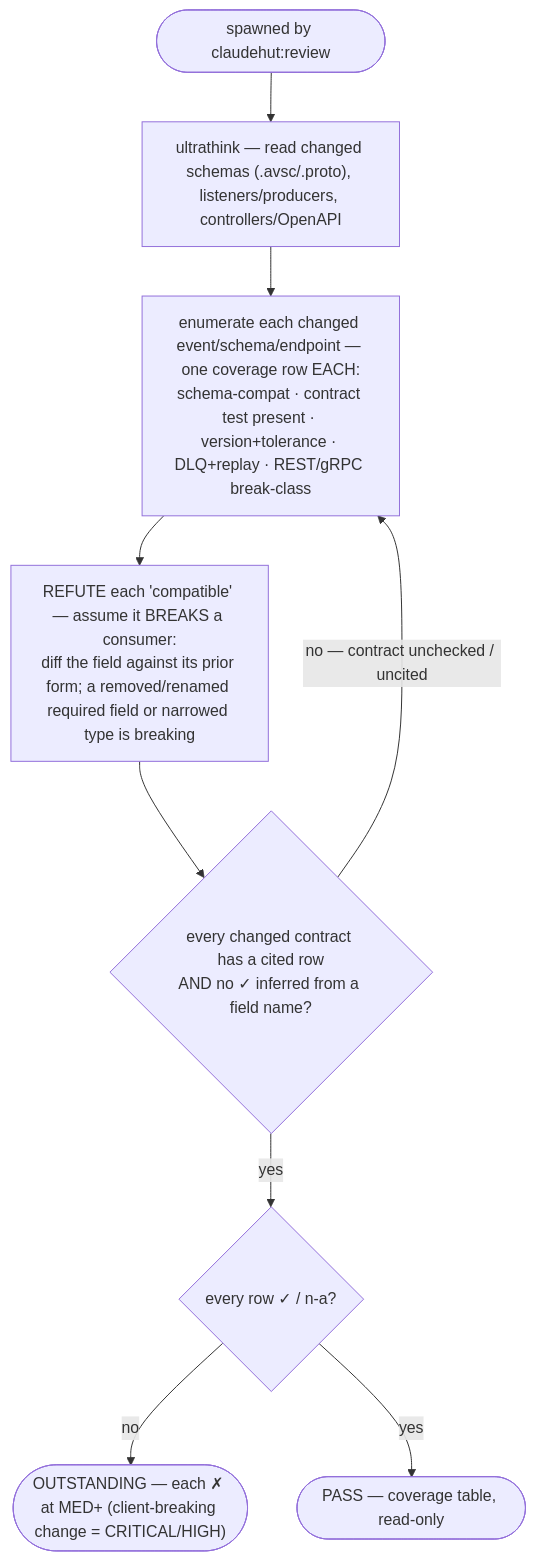
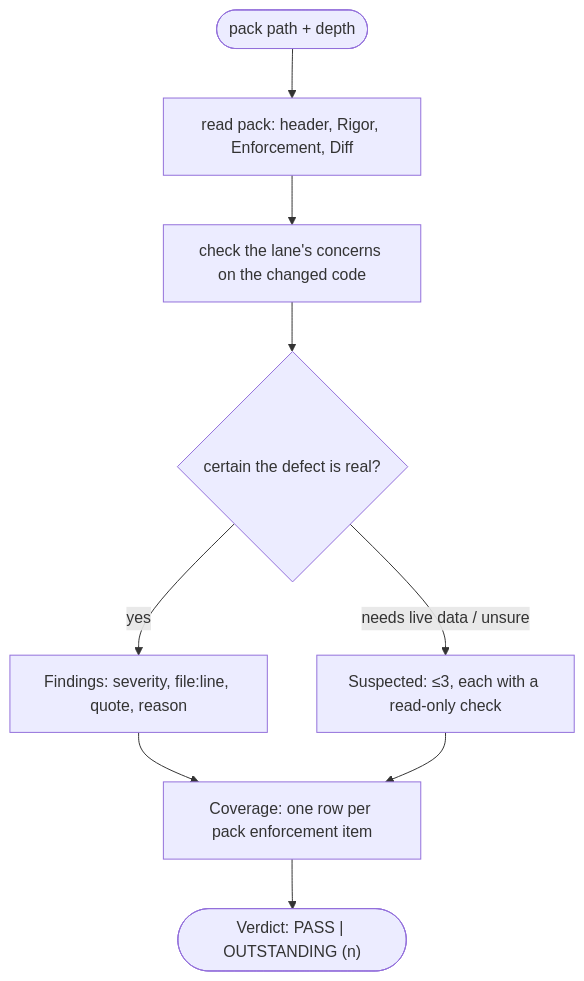
The diagram in agents/claudehut-contract-reviewer.md (taipt1504/claudehut), drawn with Mermaid before and after one commit. The commit also changed other lines of this file and 297 other files, not shown here.

First line of the commit message:
feat(review): select review lanes from the diff and trim the roster to 5 (M4)

````diff
--- a/agents/claudehut-contract-reviewer.md
+++ b/agents/claudehut-contract-reviewer.md
@@ -38,11 +26,11 @@
 ```mermaid
 flowchart TB
-    start([spawned by claudehut:review]) --> read["ultrathink — read changed schemas (.avsc/.proto), listeners/producers, controllers/OpenAPI"]
-    read --> enum["enumerate each changed event/schema/endpoint — one coverage row EACH:<br/>schema-compat · contract test present · version+tolerance · DLQ+replay · REST/gRPC break-class"]
-    enum --> crit["REFUTE each 'compatible' — assume it BREAKS a consumer:<br/>diff the field against its prior form; a removed/renamed required field or narrowed type is breaking"]
-    crit --> floor{"every changed contract has a cited row<br/>AND no ✓ inferred from a field name?"}
-    floor -- "no — contract unchecked / uncited" --> enum
-    floor -- "yes" --> verdict{"every row ✓ / n-a?"}
-    verdict -- "no" --> out(["OUTSTANDING — each ✗ at MED+ (client-breaking change = CRITICAL/HIGH)"])
-    verdict -- "yes" --> pass(["PASS — coverage table, read-only"])
+    start([pack path + depth]) --> read["read pack: header, Rigor, Enforcement, Diff"]
+    read --> look["check the lane's concerns on the changed code"]
+    look --> sure{"certain the defect is real?"}
+    sure -- "yes" --> fnd["Findings: severity, file:line, quote, reason"]
+    sure -- "needs live data / unsure" --> sus["Suspected: ≤3, each with a read-only check"]
+    fnd --> cov["Coverage: one row per pack enforcement item"]
+    sus --> cov
+    cov --> v(["Verdict: PASS | OUTSTANDING (n)"])
 ```
````
